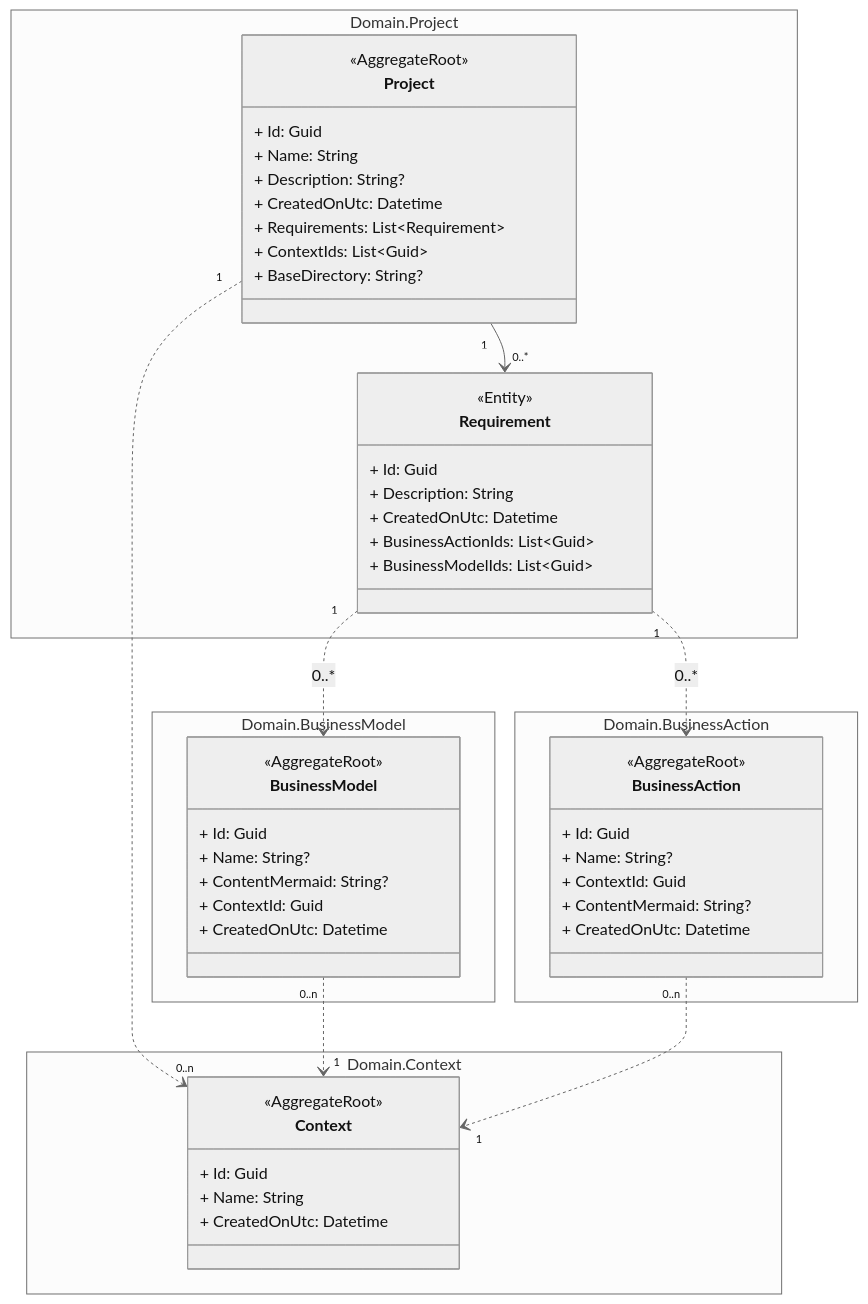
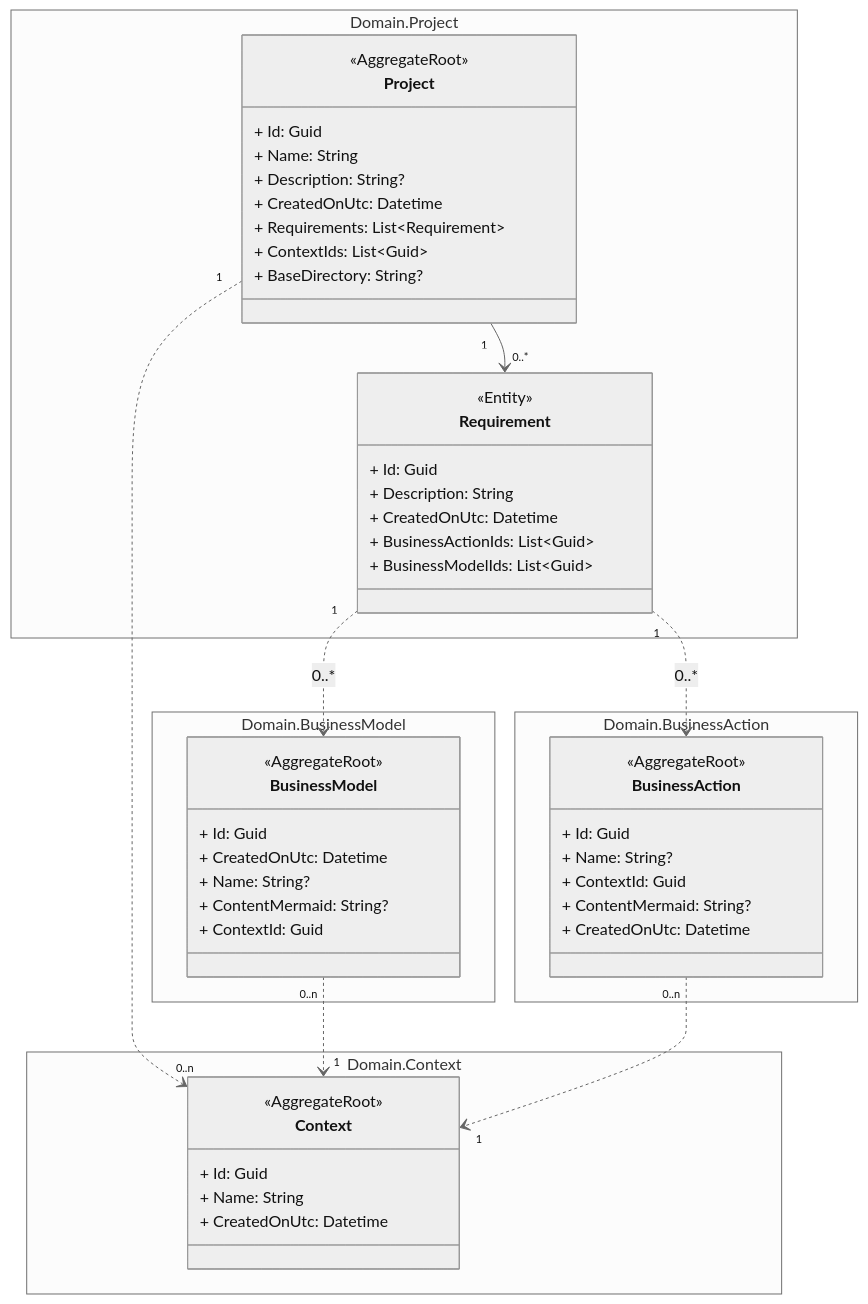
The diagram in UML/Domain/DomainModels.md (sdlfly2000/DomainBasedDesigner), drawn with Mermaid (neutral theme) before and after one commit. The commit also changed 6 other files, not shown here.

````diff
--- a/UML/Domain/DomainModels.md
+++ b/UML/Domain/DomainModels.md
@@ -3,67 +3,70 @@
 ```mermaid
 classDiagram
 namespace nsProject["Domain.Project"] {
     class Project {
         <<AggregateRoot>>
         + Id: Guid
         + Name: String
         + Description: String?
         + CreatedOnUtc: Datetime
         + Requirements: List~Requirement~
         + ContextIds: List~Guid~
         + BaseDirectory: String?
     }
 
     class Requirement {
         <<Entity>>
         + Id: Guid
         + Description: String
         + CreatedOnUtc: Datetime
         + BusinessActionIds: List~Guid~
         + BusinessModelIds: List~Guid~
     }
 }
 
 namespace nsBusinessAction["Domain.BusinessAction"] {
     class BusinessAction {
         <<AggregateRoot>>
         + Id: Guid
         + Name: String?
         + ContextId: Guid
         + ContentMermaid: String?
         + CreatedOnUtc: Datetime
     }
 }
 
 namespace nsBusinessModel["Domain.BusinessModel"] {
     class BusinessModel {
         <<AggregateRoot>>
+        %% inherited
         + Id: Guid
+        %% inherited
+        + CreatedOnUtc: Datetime 
+        
         + Name: String?
         + ContentMermaid: String?
         + ContextId: Guid
-        + CreatedOnUtc: Datetime
     }
 }
 
 namespace nsContext["Domain.Context"] {
     class Context {
         <<AggregateRoot>>
         + Id: Guid
         + Name: String
         + CreatedOnUtc: Datetime
     }
 }
 
 %% Entity Relationship
 
 Project "1" --> "0..*" Requirement
 Project "1" ..> "0..n" Context
 
 Requirement "1" ..> BusinessModel : 0..*
 Requirement "1" ..> BusinessAction : 0..*
 
 BusinessModel "0..n" ..> "1" Context
 BusinessAction "0..n" ..> "1" Context
 
 ```
````
